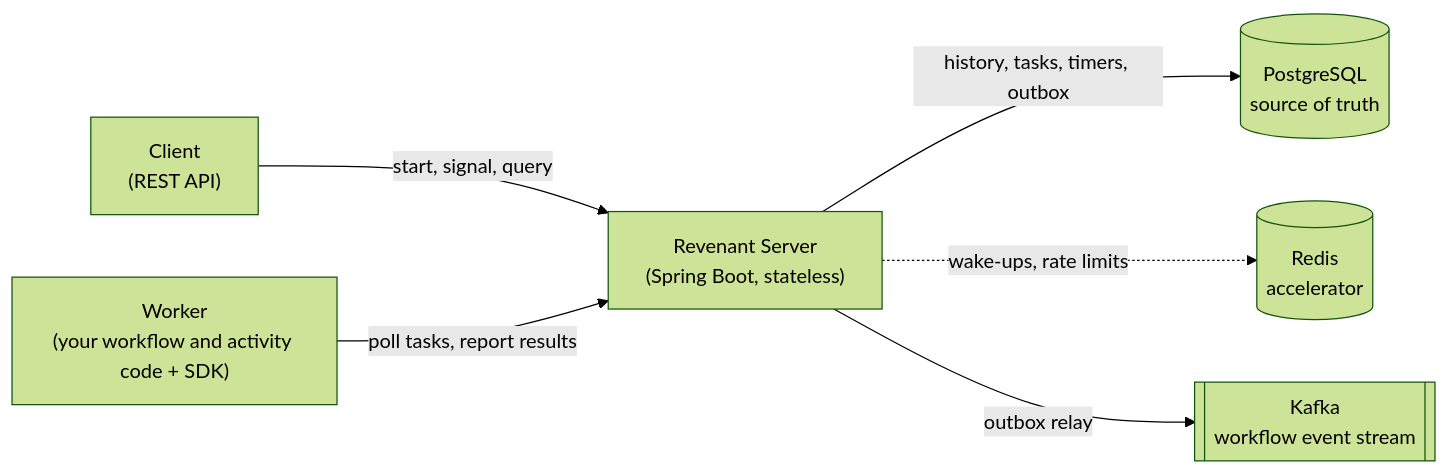
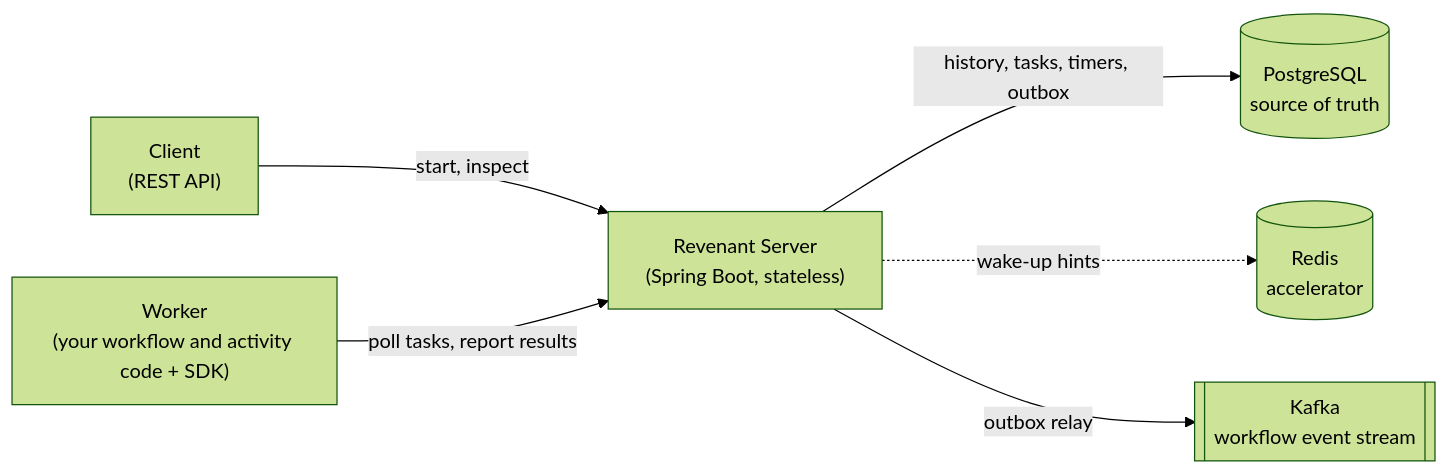
The second of 9 diagrams in docs/design.md (Amitreddy14/revenant), drawn with Mermaid (forest theme) before and after one commit. The commit also changed other lines of this file and 1 other file, not shown here.

````diff
--- a/docs/design.md
+++ b/docs/design.md
@@ -68,8 +68,8 @@
 ```mermaid
 flowchart LR
-    Client["Client<br/>(REST API)"] -->|start, signal, query| Server
+    Client["Client<br/>(REST API)"] -->|start, inspect| Server
     Worker["Worker<br/>(your workflow and activity code + SDK)"] -->|poll tasks, report results| Server
     Server["Revenant Server<br/>(Spring Boot, stateless)"] -->|history, tasks, timers, outbox| PG[("PostgreSQL<br/>source of truth")]
-    Server -.->|wake-ups, rate limits| Redis[("Redis<br/>accelerator")]
+    Server -.->|wake-up hints| Redis[("Redis<br/>accelerator")]
     Server -->|outbox relay| Kafka[["Kafka<br/>workflow event stream"]]
 ```
````
